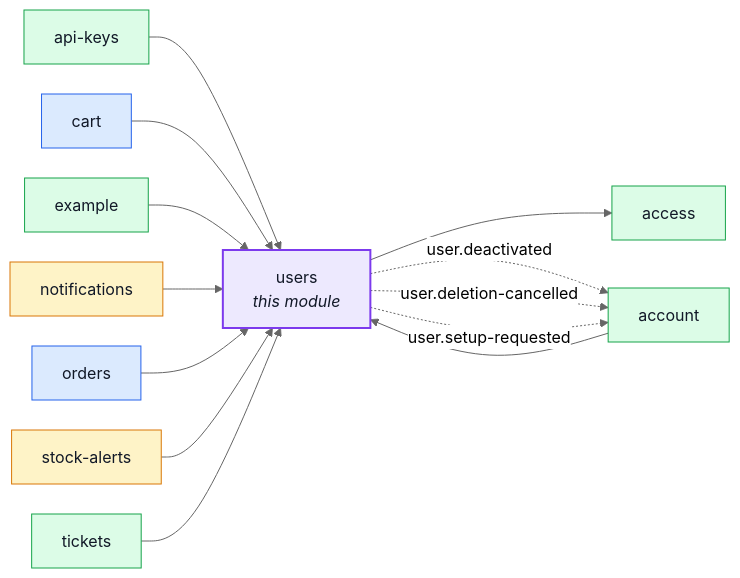
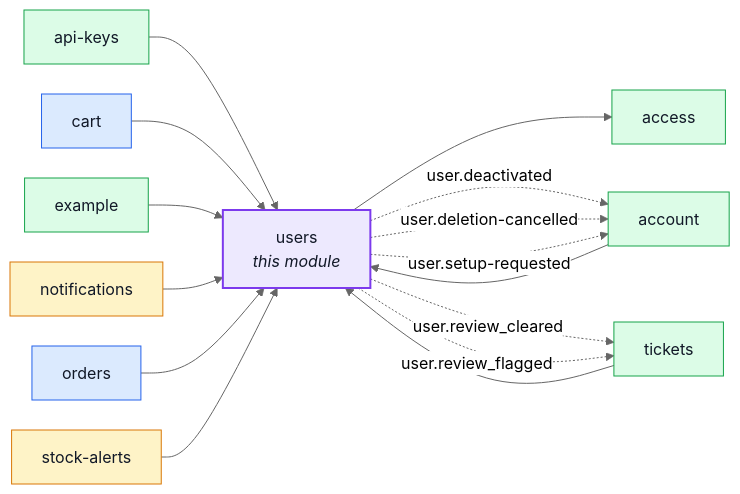
The first of 3 diagrams in docs/modules/users.md (Guebbit/boilerplate-node-backend), drawn with Mermaid (neutral theme) before and after one commit. The commit also changed other lines of this file and 52 other files, not shown here.

````diff
--- a/docs/modules/users.md
+++ b/docs/modules/users.md
@@ -16,36 +16,38 @@
 ```mermaid
 %%{init: {'flowchart': {'nodeSpacing': 30, 'rankSpacing': 60}}}%%
 flowchart LR
     users["users<br/><i>this module</i>"]
     access["access"]
     account["account"]
     api_keys["api-keys"]
     cart["cart"]
     example["example"]
     notifications["notifications"]
     orders["orders"]
     stock_alerts["stock-alerts"]
     tickets["tickets"]
 
     account --> users
     api_keys --> users
     cart --> users
     example --> users
     notifications --> users
     orders --> users
     stock_alerts --> users
     tickets --> users
     users --> access
     users -. "user.deactivated" .-> account
     users -. "user.deletion-cancelled" .-> account
     users -. "user.setup-requested" .-> account
+    users -. "user.review_cleared" .-> tickets
+    users -. "user.review_flagged" .-> tickets
 
     classDef core fill:#dbeafe,stroke:#2563eb,color:#111827;
     classDef supporting fill:#fef3c7,stroke:#d97706,color:#111827;
     classDef generic fill:#dcfce7,stroke:#16a34a,color:#111827;
     classDef centre fill:#ede9fe,stroke:#7c3aed,stroke-width:2px,color:#111827;
     class cart,orders core;
     class notifications,stock_alerts supporting;
     class access,account,api_keys,example,tickets generic;
     class users centre;
 ```
````
